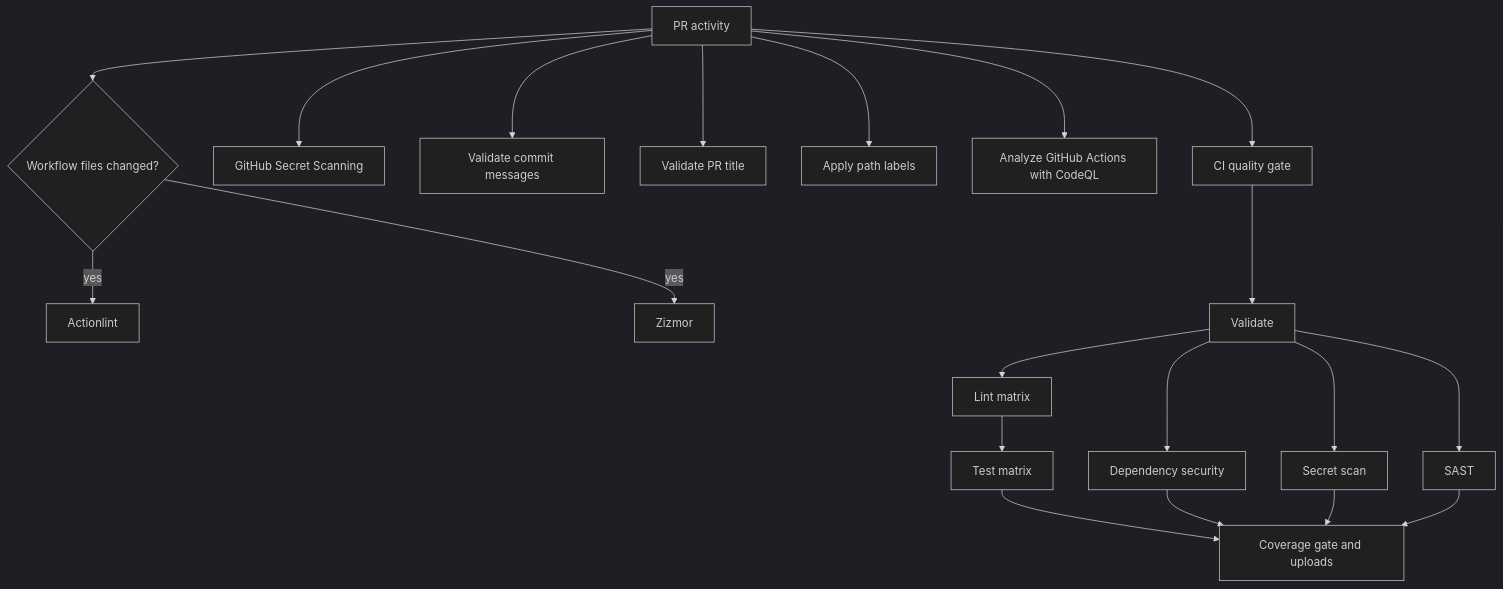
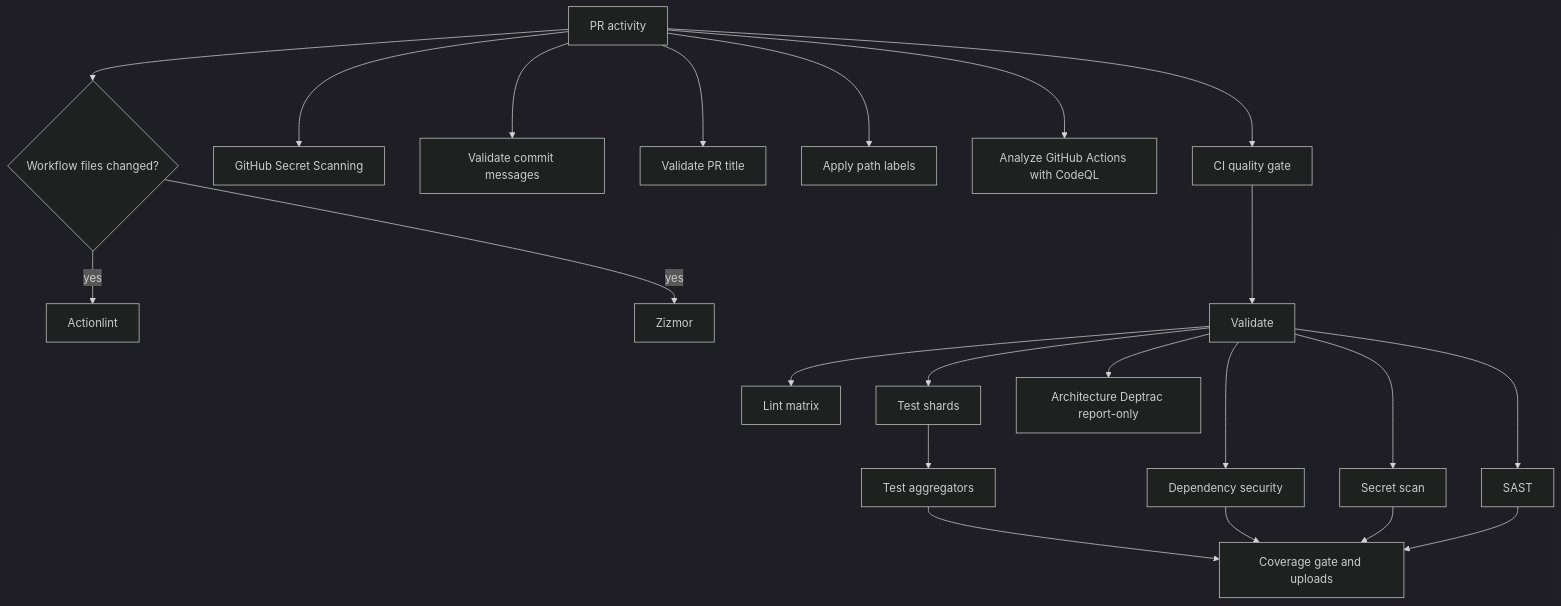
Before and after one commit to jooservices/crawlerx: the second of 5 diagrams in WORKFLOWS.md, drawn with Mermaid (dark theme). The commit also changed other lines of this file and 11 other files, not shown here.

Commit message:
ci: Add Deptrac architecture report, shard the test suites and merge coverage (JOOXCR-466)

````diff
--- a/WORKFLOWS.md
+++ b/WORKFLOWS.md
@@ -43,23 +43,25 @@
 ```mermaid
 flowchart TD
     PR[PR activity] --> CI[CI quality gate]
     PR --> Native[GitHub Secret Scanning]
     PR --> CL[Validate commit messages]
     PR --> SPT[Validate PR title]
     PR --> PL[Apply path labels]
     PR --> CQL[Analyze GitHub Actions with CodeQL]
     PR --> WA{Workflow files changed?}
     WA -->|yes| AL[Actionlint]
     WA -->|yes| ZM[Zizmor]
 
     CI --> V[Validate]
     V --> L[Lint matrix]
-    L --> T[Test matrix]
+    V --> TS[Test shards]
+    TS --> T[Test aggregators]
     V --> DS[Dependency security]
     V --> SS[Secret scan]
     V --> SA[SAST]
+    V --> AD[Architecture Deptrac report-only]
     T --> CU[Coverage gate and uploads]
     DS --> CU
     SS --> CU
     SA --> CU
 ```
````
